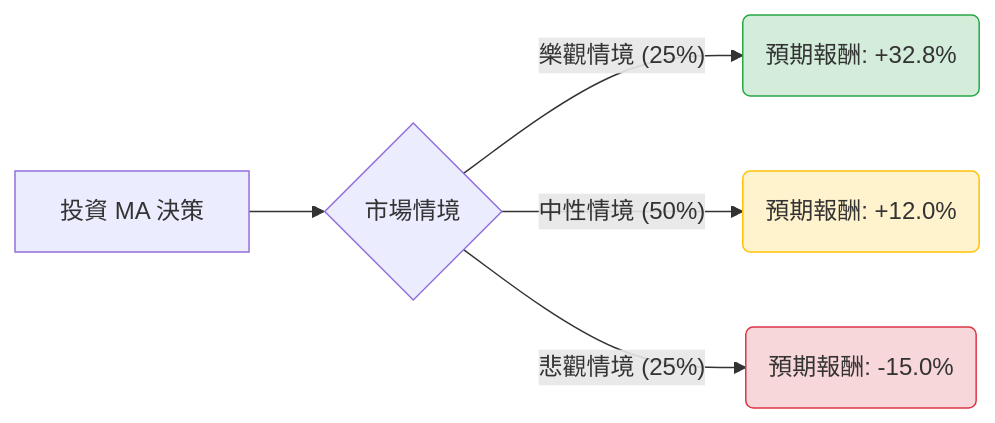
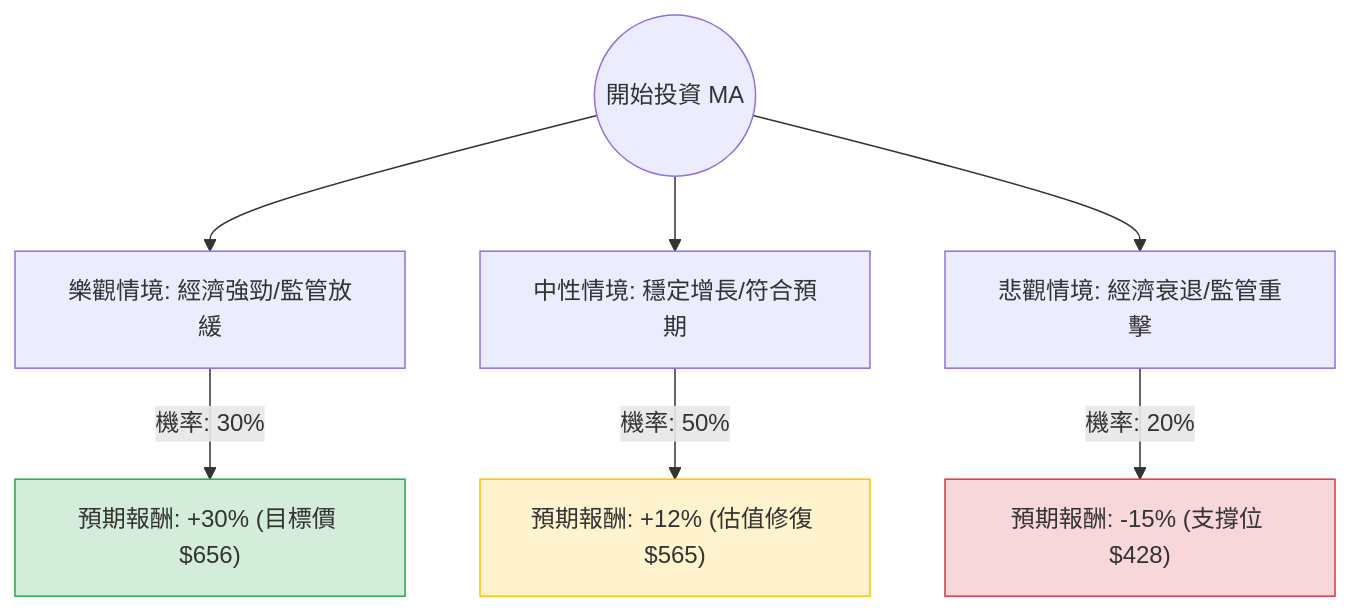
Before and after one commit to zmcx16/zmcx16.github.io: the diagram in plugin-react/ai-analysis/ev-analysis/MA.md, drawn with Mermaid. The commit also changed other lines of this file and 81 other files, not shown here.

````diff
--- a/plugin-react/ai-analysis/ev-analysis/MA.md
+++ b/plugin-react/ai-analysis/ev-analysis/MA.md
@@ -20,12 +24,14 @@
 ```mermaid
-graph LR
-    A[投資 MA 決策] --> B{市場情境}
-    
-    B -- 樂觀情境 (25%) --> C(預期報酬: +32.8%)
-    B -- 中性情境 (50%) --> D(預期報酬: +12.0%)
-    B -- 悲觀情境 (25%) --> E(預期報酬: -15.0%)
+graph TD
+    Start((開始投資 MA)) --> Bull[樂觀情境: 經濟強勁/監管放緩]
+    Start --> Base[中性情境: 穩定增長/符合預期]
+    Start --> Bear[悲觀情境: 經濟衰退/監管重擊]
 
-    style C fill:#d4edda,stroke:#28a745
-    style D fill:#fff3cd,stroke:#ffc107
-    style E fill:#f8d7da,stroke:#dc3545
+    Bull -- "機率: 30%" --> BullVal["預期報酬: +30% (目標價 $656)"]
+    Base -- "機率: 50%" --> BaseVal["預期報酬: +12% (估值修復 $565)"]
+    Bear -- "機率: 20%" --> BearVal["預期報酬: -15% (支撐位 $428)"]
+
+    style BullVal fill:#d4edda,stroke:#28a745
+    style BaseVal fill:#fff3cd,stroke:#ffc107
+    style BearVal fill:#f8d7da,stroke:#dc3545
 ```
````
